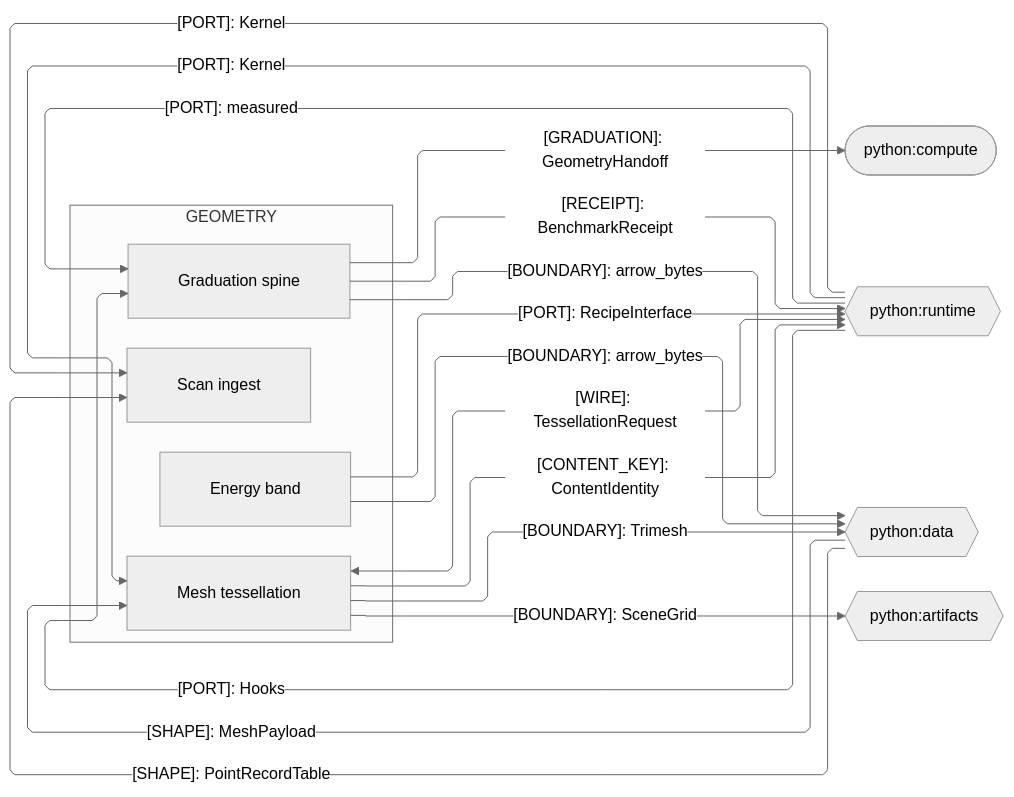
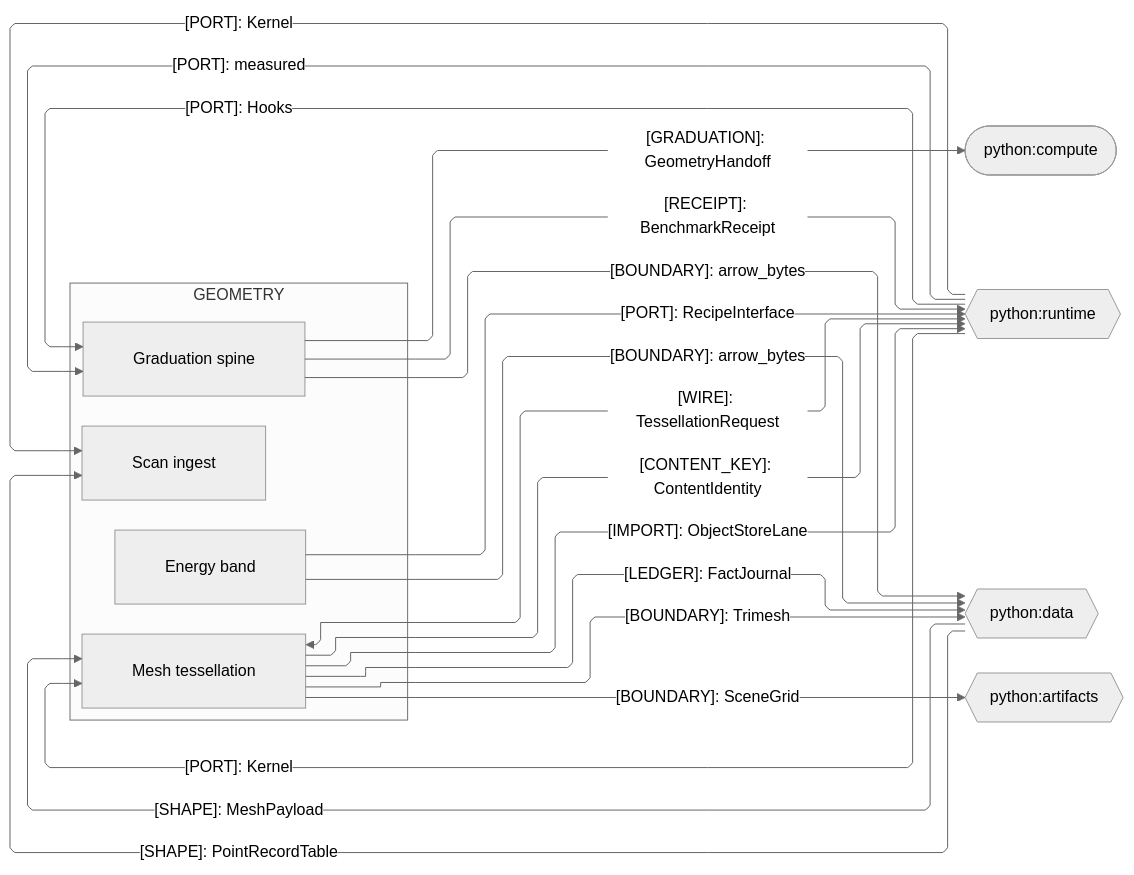
The third of 3 diagrams in libs/python/geometry/ARCHITECTURE.md (bsamiee/Rasm), drawn with Mermaid (neutral theme) before and after one commit. The commit also changed other lines of this file and 108 other files, not shown here.

Commit message:
Land the coldpass doc-set deltas across README, ARCHITECTURE, RULINGS, IDEAS, and TASKLOG files

````diff
--- a/libs/python/geometry/ARCHITECTURE.md
+++ b/libs/python/geometry/ARCHITECTURE.md
@@ -117,37 +117,39 @@
 ```mermaid
 ---
 config:
   layout: elk
   flowchart:
     curve: linear
     padding: 25
 ---
 flowchart LR
     accTitle: Geometry Python sibling seams
     accDescr: Geometry sub-domain owners exchanging graduation receipts, payloads, ports, and kernel crossings with the Python siblings.
     subgraph geometry[GEOMETRY]
         Graduation[Graduation spine]
         Mesh[Mesh tessellation]
         Scan[Scan ingest]
         Energy[Energy band]
     end
     Compute([python:compute])
     Runtime{{python:runtime}}
     Data{{python:data}}
     Artifacts{{python:artifacts}}
     Graduation e1@-->|"[GRADUATION]: GeometryHandoff"| Compute
     Graduation e10@-->|"[BOUNDARY]: arrow_bytes"| Data
     Mesh e2@<-->|"[WIRE]: TessellationRequest"| Runtime
     Mesh e3@-->|"[CONTENT_KEY]: ContentIdentity"| Runtime
     Data e4@-->|"[SHAPE]: MeshPayload"| Mesh
     Mesh e5@-->|"[BOUNDARY]: Trimesh"| Data
     Mesh e6@-->|"[BOUNDARY]: SceneGrid"| Artifacts
     Data e7@-->|"[SHAPE]: PointRecordTable"| Scan
     Energy e8@-->|"[PORT]: RecipeInterface"| Runtime
     Energy e9@-->|"[BOUNDARY]: arrow_bytes"| Data
     Graduation e11@-->|"[RECEIPT]: BenchmarkReceipt"| Runtime
+    Mesh e16@-->|"[IMPORT]: ObjectStoreLane"| Runtime
+    Mesh e17@-->|"[LEDGER]: FactJournal"| Data
     Runtime e12@-->|"[PORT]: Kernel"| Mesh
     Runtime e13@-->|"[PORT]: Kernel"| Scan
     Runtime e14@-->|"[PORT]: measured"| Graduation
     Runtime e15@-->|"[PORT]: Hooks"| Graduation
 ```
````
